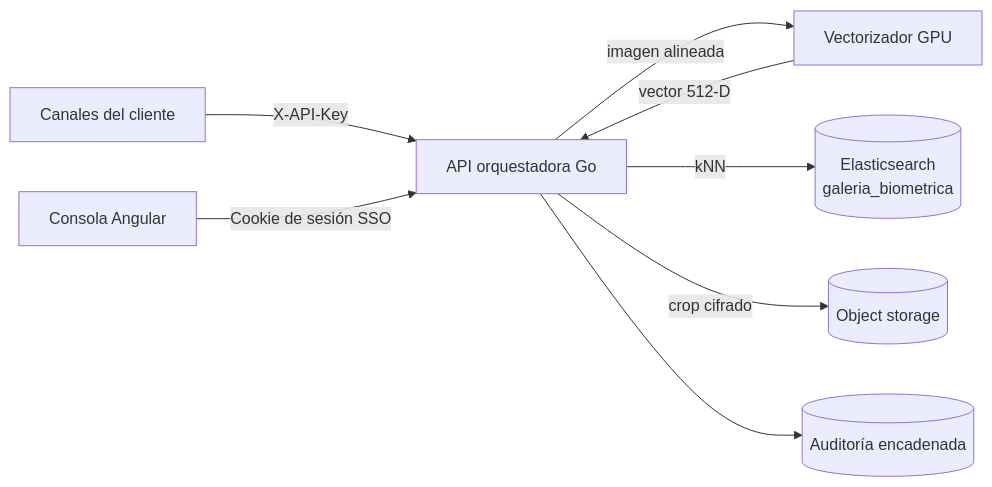
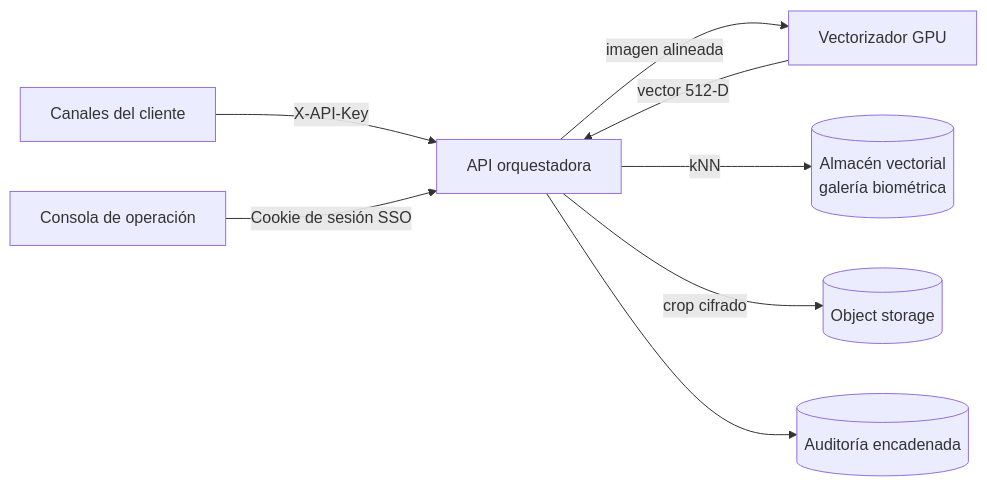
Before and after one commit to jaak-ai/jaak-web: the diagram in content/docs/alnitak/arquitectura.mdx, drawn with Mermaid. The commit also changed other lines of this file and 14 other files, not shown here.

First line of the commit message:
docs(alnitak): retirar del sitio público el stack y el manual de operación

````diff
--- a/content/docs/alnitak/arquitectura.mdx
+++ b/content/docs/alnitak/arquitectura.mdx
@@ -23,10 +23,10 @@
 ```mermaid
 flowchart LR
-  C[Canales del cliente] -->|X-API-Key| A[API orquestadora Go]
-  O[Consola Angular] -->|Cookie de sesión SSO| A
+  C[Canales del cliente] -->|X-API-Key| A[API orquestadora]
+  O[Consola de operación] -->|Cookie de sesión SSO| A
   A -->|imagen alineada| V[Vectorizador GPU]
   V -->|vector 512-D| A
-  A -->|kNN| E[(Elasticsearch<br/>galeria_biometrica)]
+  A -->|kNN| E[(Almacén vectorial<br/>galería biométrica)]
   A -->|crop cifrado| S[(Object storage)]
   A --> AU[(Auditoría encadenada)]
 ```
````
